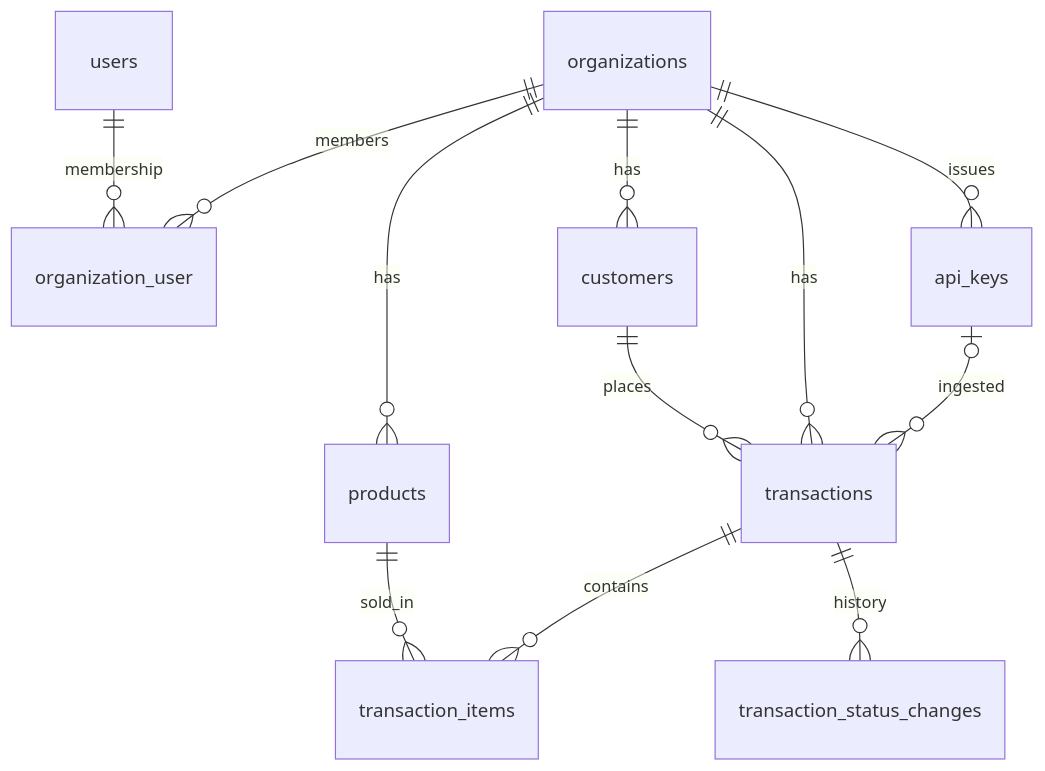
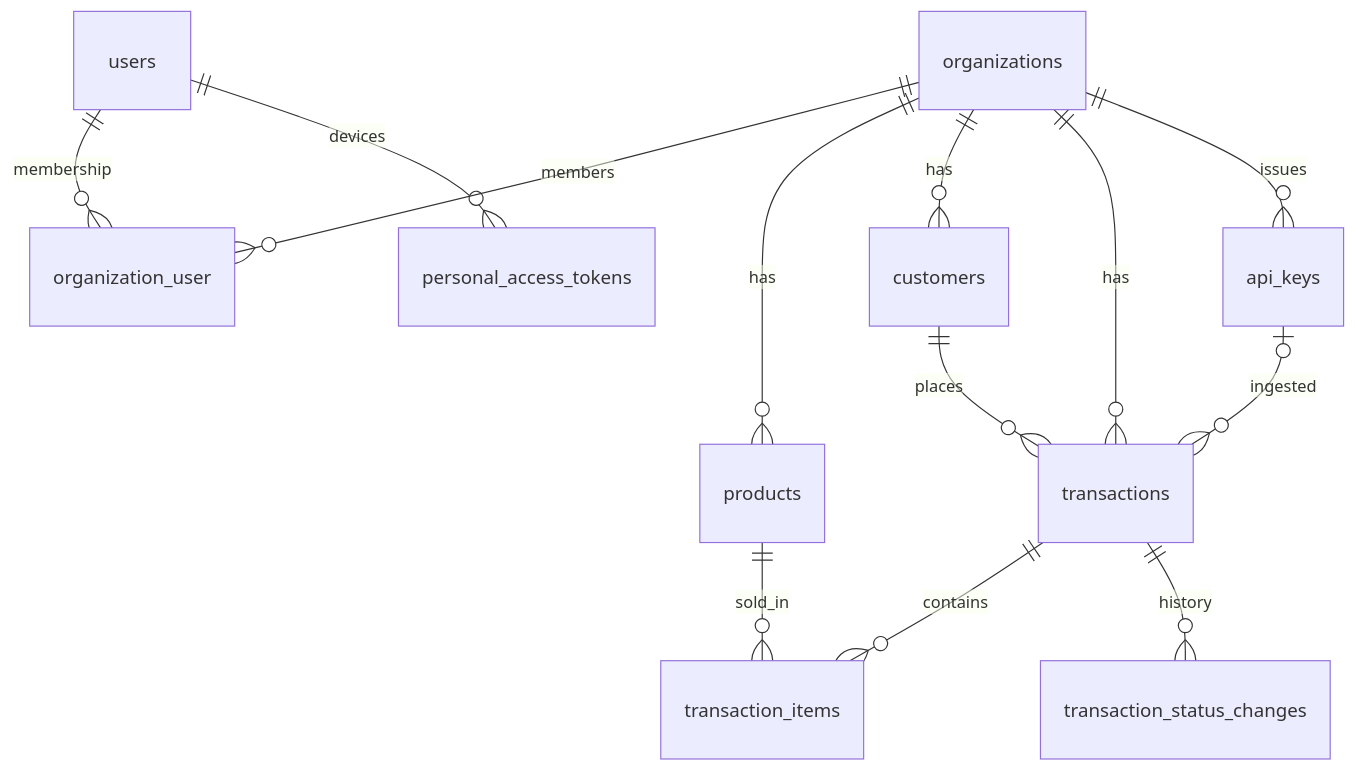
The second of 3 diagrams in docs/architecture.md (Henriqueverri/pulseboard), drawn with Mermaid before and after one commit. The commit also changed other lines of this file and 13 other files, not shown here.

Commit message:
feat(auth): add mobile personal access tokens

````diff
--- a/docs/architecture.md
+++ b/docs/architecture.md
@@ -24,14 +24,15 @@
 ```mermaid
 erDiagram
   users ||--o{ organization_user : membership
+  users ||--o{ personal_access_tokens : devices
   organizations ||--o{ organization_user : members
   organizations ||--o{ products : has
   organizations ||--o{ customers : has
   organizations ||--o{ transactions : has
   organizations ||--o{ api_keys : issues
   customers ||--o{ transactions : places
   transactions ||--o{ transaction_items : contains
   transactions ||--o{ transaction_status_changes : history
   products ||--o{ transaction_items : sold_in
   api_keys |o--o{ transactions : ingested
 ```
````
